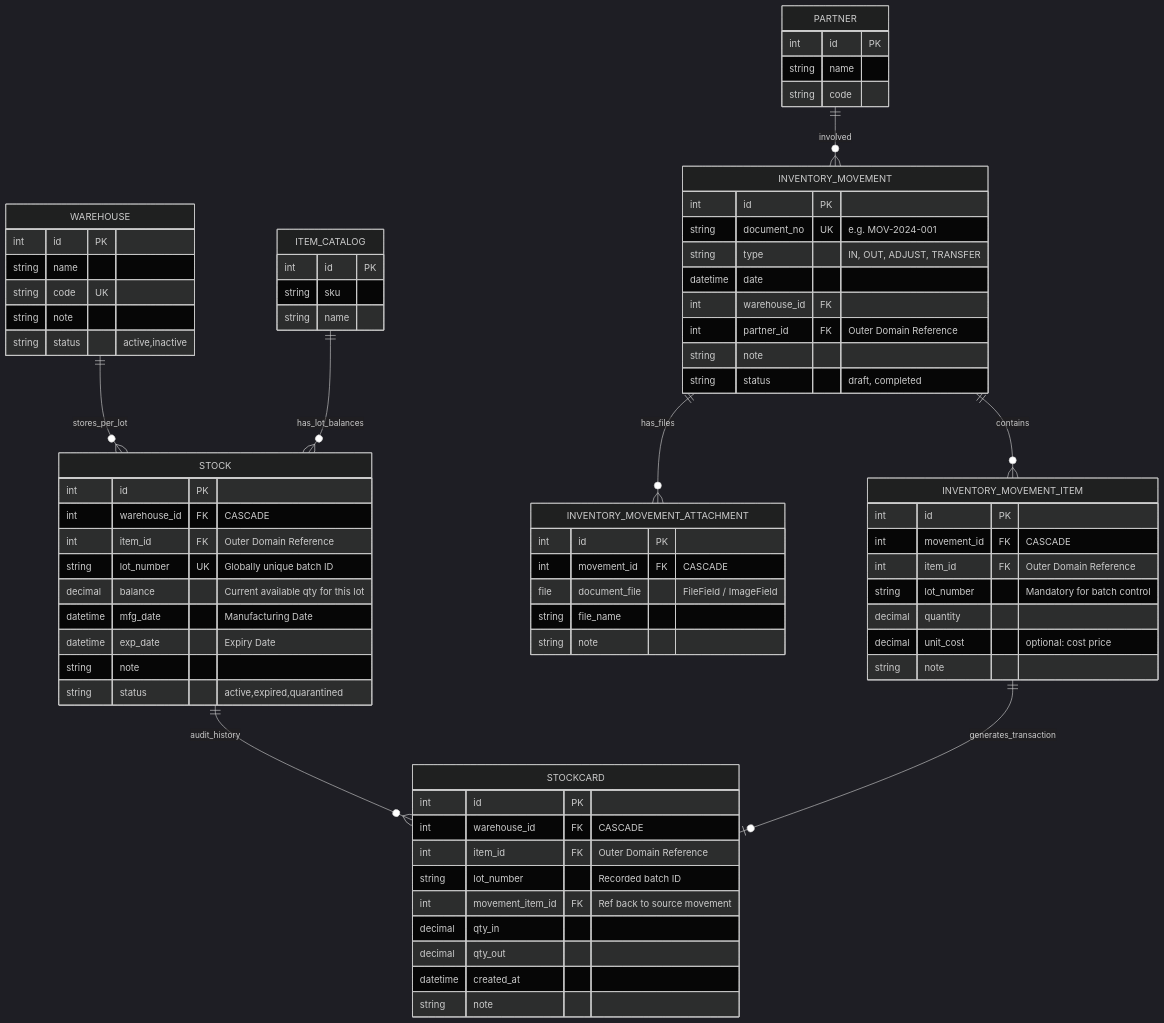
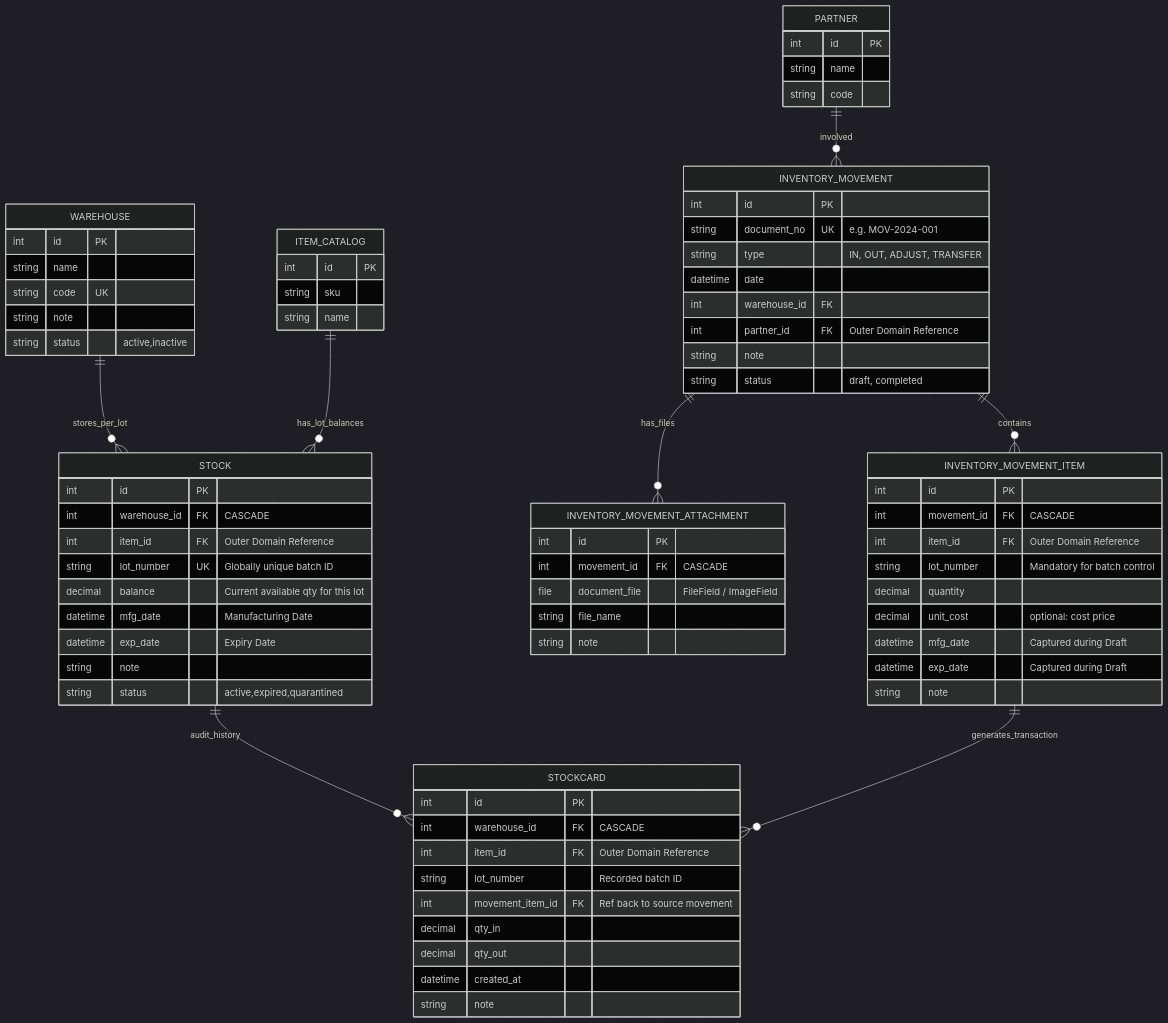
One commit to lockdoor/tj_inventory changed the diagram in django/inventory/docs/ERD.md. Above: the diagram before and after it, drawn with Mermaid (dark theme). The commit also changed other lines of this file and 10 other files, not shown here.

Commit message:
feat: inventory app movement, stockcard model

````diff
--- a/django/inventory/docs/ERD.md
+++ b/django/inventory/docs/ERD.md
@@ -1,5 +1,5 @@
 ```mermaid
-erDiagram
+    erDiagram
 
     WAREHOUSE {
         int id PK
@@ -72,13 +72,15 @@
 
     %% Detail Table: The Items inside the document
     INVENTORY_MOVEMENT_ITEM {
-        int id PK
-        int movement_id FK "CASCADE"
-        int item_id FK "Outer Domain Reference"
-        string lot_number "Mandatory for batch control"
-        decimal quantity
-        decimal unit_cost "optional: cost price"
-        string note
+       int id PK
+       int movement_id FK "CASCADE"
+       int item_id FK "Outer Domain Reference"
+       string lot_number "Mandatory for batch control"
+       decimal quantity
+       decimal unit_cost "optional: cost price"
+       datetime mfg_date "Captured during Draft"
+       datetime exp_date "Captured during Draft"
+       string note
     }
 
     %% Relationships
@@ -87,12 +89,6 @@
     STOCK ||--o{ STOCKCARD : "audit_history"
     INVENTORY_MOVEMENT ||--o{ INVENTORY_MOVEMENT_ITEM : "contains"
     INVENTORY_MOVEMENT ||--o{ INVENTORY_MOVEMENT_ATTACHMENT : "has_files"
-    INVENTORY_MOVEMENT_ITEM ||--o| STOCKCARD : "generates_transaction"
+    INVENTORY_MOVEMENT_ITEM ||--o{ STOCKCARD : "generates_transaction"
     PARTNER ||--o{ INVENTORY_MOVEMENT : "involved"
-
-    %% Business Logic Notes
-    %% Logic: [INBOUND] Create or update STOCK record for the specified lot_number.
-    %% Logic: [OUTBOUND] Select existing lot_number from STOCK. Deduct balance.
-    %% Logic: [TRACEABILITY] Every STOCKCARD entry must be tied to a lot_number for full audit trail.
-    %% Logic: [BALANCE] Total item balance = sum of STOCK.balance where item_id matches.
 ```
````
